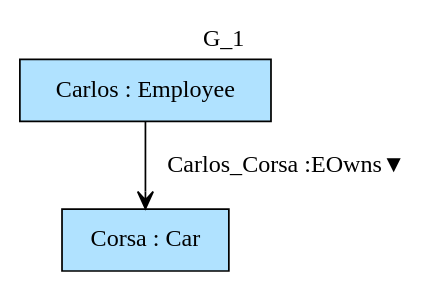
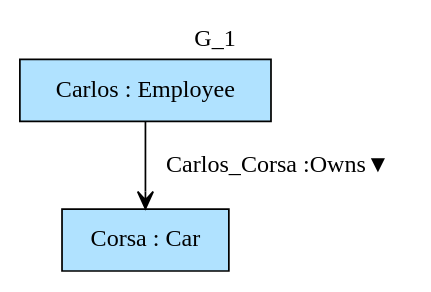
The diagram in Haskell/FragmentaTests/SGTyTests2/img/G_1.gv (namalio/Fragmenta), drawn with Graphviz before and after one commit. The commit also changed 70 other files, not shown here.

```diff
--- a/Haskell/FragmentaTests/SGTyTests2/img/G_1.gv
+++ b/Haskell/FragmentaTests/SGTyTests2/img/G_1.gv
@@ -1,6 +1,6 @@
 digraph {graph[label=G_1,labelloc=tl,labelfontsize=12];
 "Carlos"[shape=box,fillcolor=lightskyblue1,style = filled,label="Carlos : Employee"];
 "Corsa"[shape=box,fillcolor=lightskyblue1,style = filled,label="Corsa : Car"];
 
-"Carlos"->"Corsa"[label="Carlos_Corsa :EOwns▼",arrowhead=vee];
+"Carlos"->"Corsa"[label="Carlos_Corsa :Owns▼",arrowhead=vee];
 }
```
